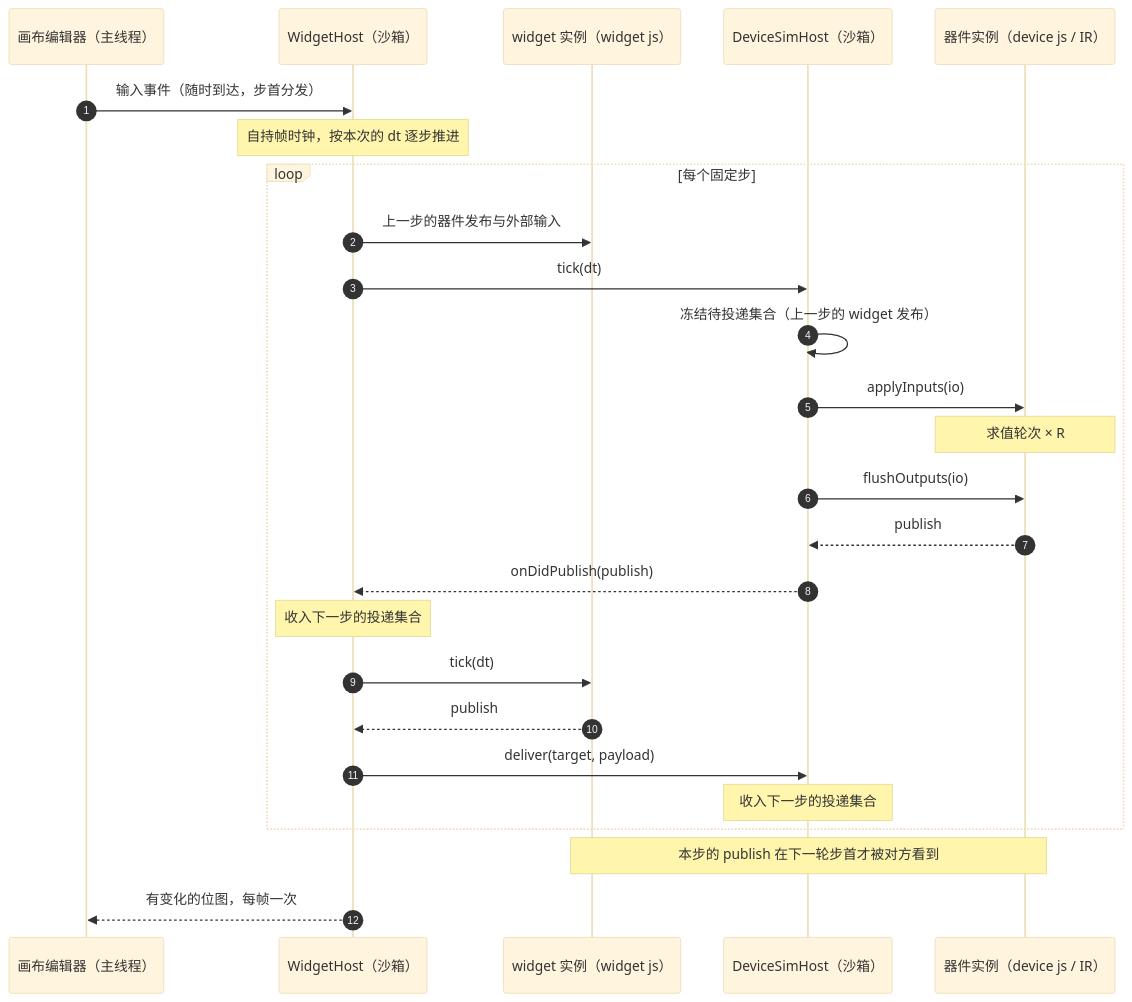
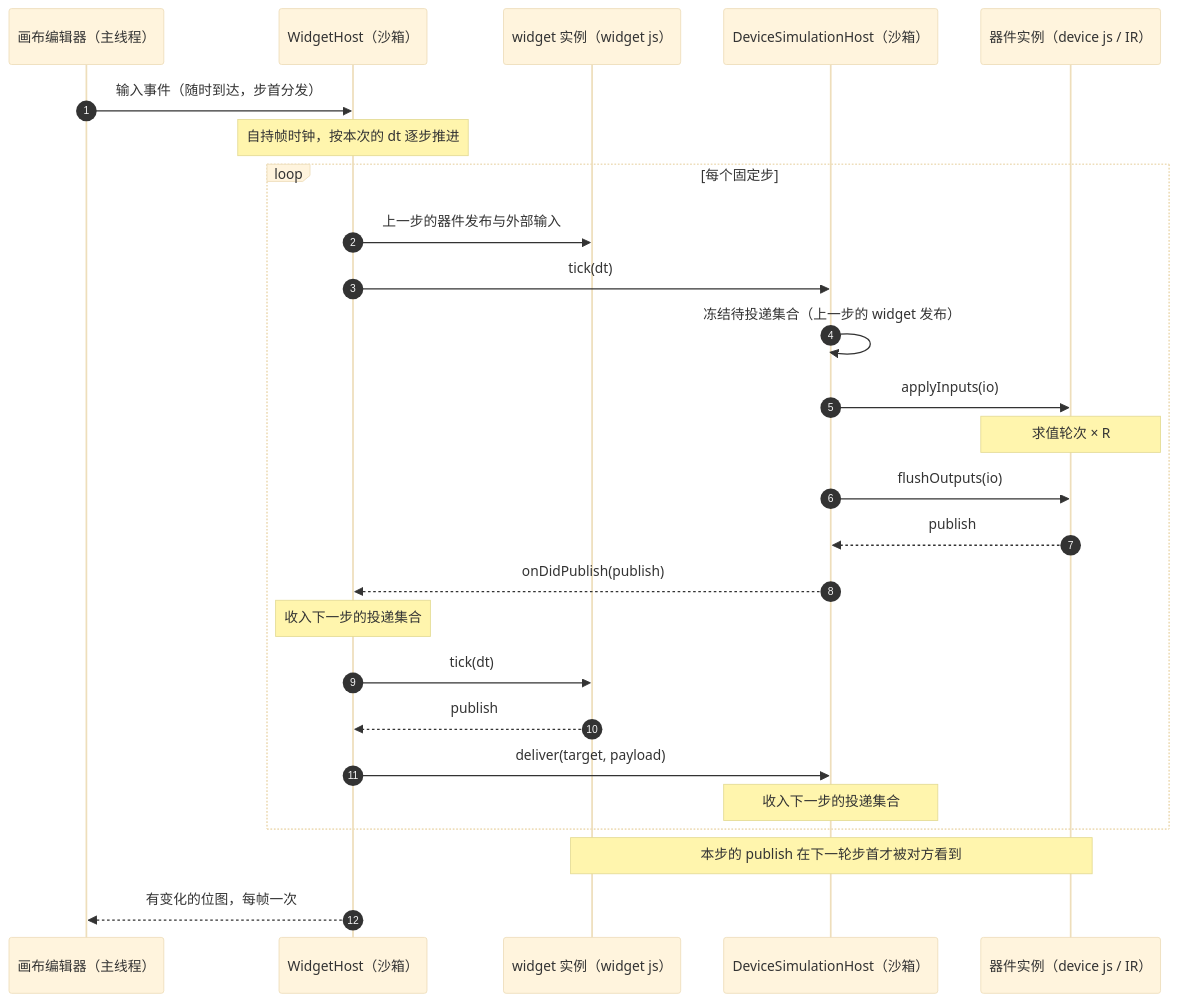
Before and after one commit to x-botlab/mica-js: the diagram in docs/rfc/0018-canvas-runtime.md, drawn with Mermaid (base theme). The commit also changed other lines of this file and 391 other files, not shown here.

````diff
--- a/docs/rfc/0018-canvas-runtime.md
+++ b/docs/rfc/0018-canvas-runtime.md
@@ -191,31 +191,31 @@
 ```mermaid
 sequenceDiagram
     autonumber
     participant E as 画布编辑器（主线程）
     participant WH as WidgetHost（沙箱）
     participant WJ as widget 实例（widget js）
-    participant DS as DeviceSimHost（沙箱）
+    participant DS as DeviceSimulationHost（沙箱）
     participant DJ as 器件实例（device js / IR）
 
     E->>WH: 输入事件（随时到达，步首分发）
     Note over WH: 自持帧时钟，按本次的 dt 逐步推进
 
     loop 每个固定步
         WH->>WJ: 上一步的器件发布与外部输入
         WH->>DS: tick(dt)
         DS->>DS: 冻结待投递集合（上一步的 widget 发布）
         DS->>DJ: applyInputs(io)
         Note over DJ: 求值轮次 × R
         DS->>DJ: flushOutputs(io)
         DJ-->>DS: publish
         DS-->>WH: onDidPublish(publish)
         Note over WH: 收入下一步的投递集合
         WH->>WJ: tick(dt)
         WJ-->>WH: publish
         WH->>DS: deliver(target, payload)
         Note over DS: 收入下一步的投递集合
     end
 
     Note over WJ,DJ: 本步的 publish 在下一轮步首才被对方看到
     WH-->>E: 有变化的位图，每帧一次
 ```
````
